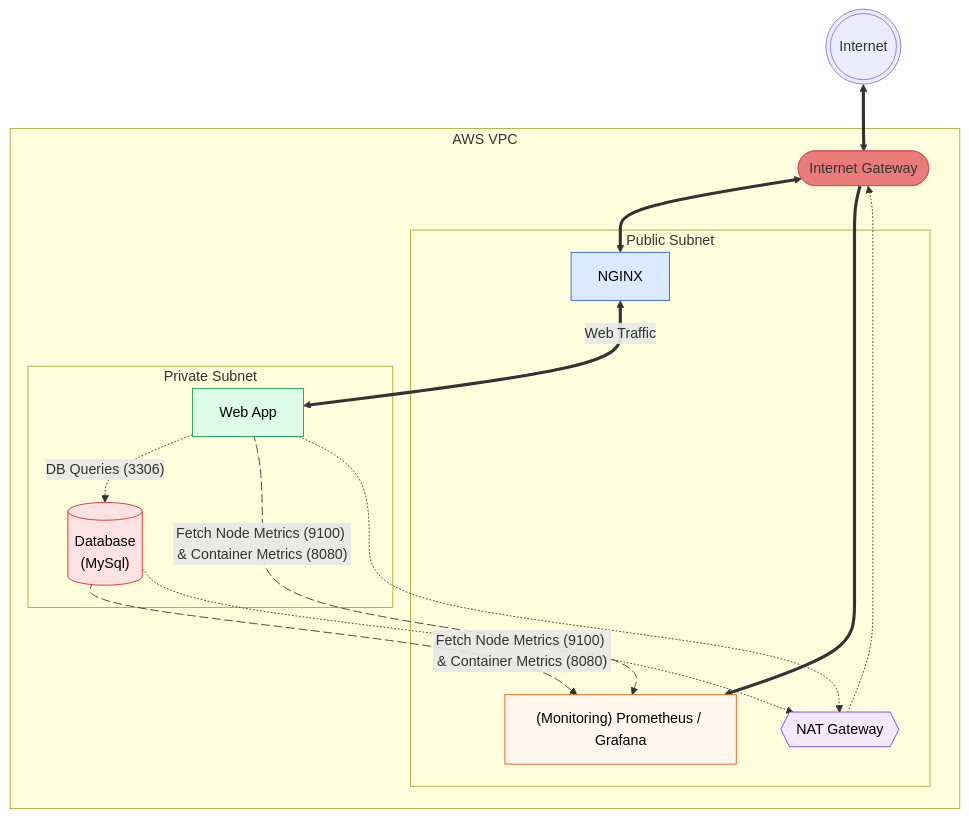
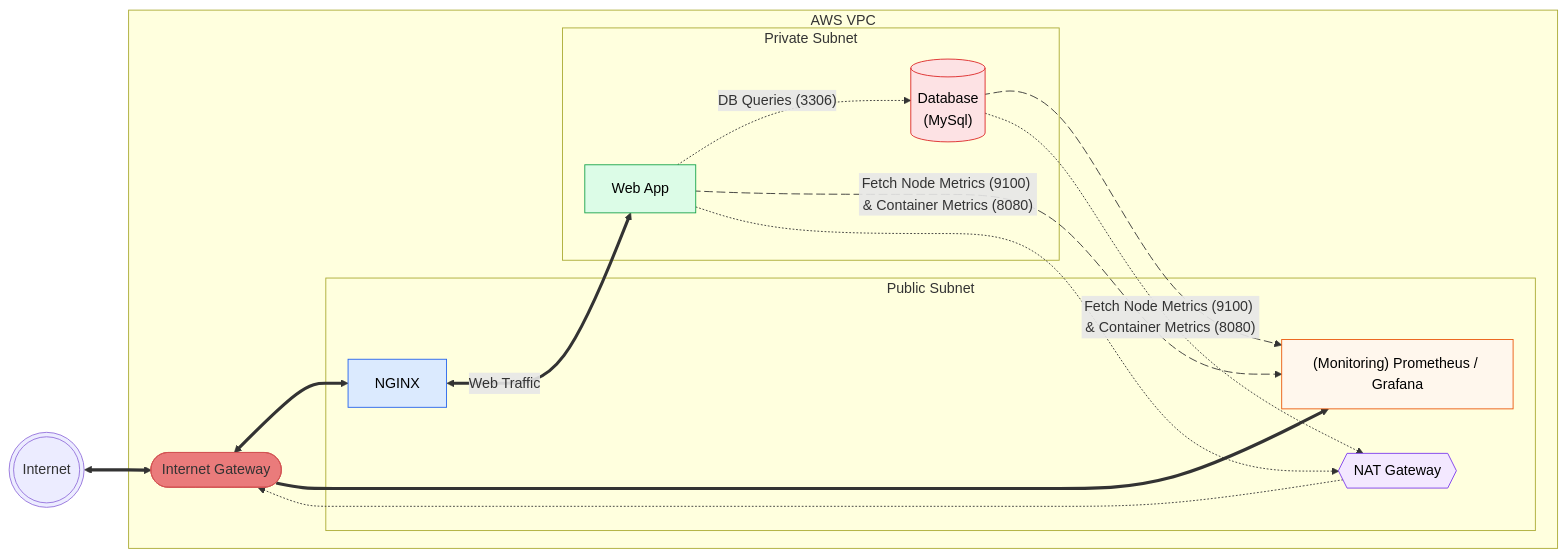
One commit to Jazzar101/learning-terraform-3087701 changed the diagram in README.md. Above: the diagram before and after it, drawn with Mermaid.

Commit message:
changed node layout type

````diff
--- a/README.md
+++ b/README.md
@@ -6,48 +6,48 @@
 ```mermaid
-flowchart TB
+flowchart LR
     Internet(((Internet)))
     subgraph VPC[AWS VPC]
         IGW([Internet Gateway])
         subgraph PublicSubnet[Public Subnet]
             NGINX[NGINX]
             Monitoring["(Monitoring) Prometheus / Grafana"]
             NAT{{NAT Gateway}}
         end
 
         subgraph PrivateSubnet[Private Subnet]
             App[Web App]
             DB[("Database\n(MySql)")]
         end
     end
 
     Internet <==> IGW
     IGW <==> NGINX
     NGINX <==>|Web Traffic| App
     App -.->|"DB Queries (3306)"| DB
     IGW ==> Monitoring
 
     App metricsApp@-->|"Fetch Node Metrics (9100) & Container Metrics (8080)"| Monitoring
     DB metricsDB@-->|"Fetch Node Metrics (9100) & Container Metrics (8080)"| Monitoring
 
     App -.-> NAT
     DB -.-> NAT
     NAT -.-> IGW
     
     metricsApp@{ animation: slow }    
     metricsDB@{ animation: slow }
 
     %% Node-only styling (GitHub safe)
     classDef ingress fill:#dbeafe,stroke:#2563eb,color:#000000
     classDef monitoring fill:#fff7ed,stroke:#ea580c,color:#000000
     classDef nat fill:#f3e8ff,stroke:#7c3aed,color:#000000
     classDef app fill:#dcfce7,stroke:#16a34a,color:#000000
     classDef db fill:#fde2e4,stroke:#dc2626,color:#000000
     classDef igw fill:#EA7B7B,stroke:#D25353,color:#00000
 
     class NGINX ingress
     class Monitoring monitoring
     class NAT nat
     class App app
     class DB db
     class IGW igw
 ```
````
